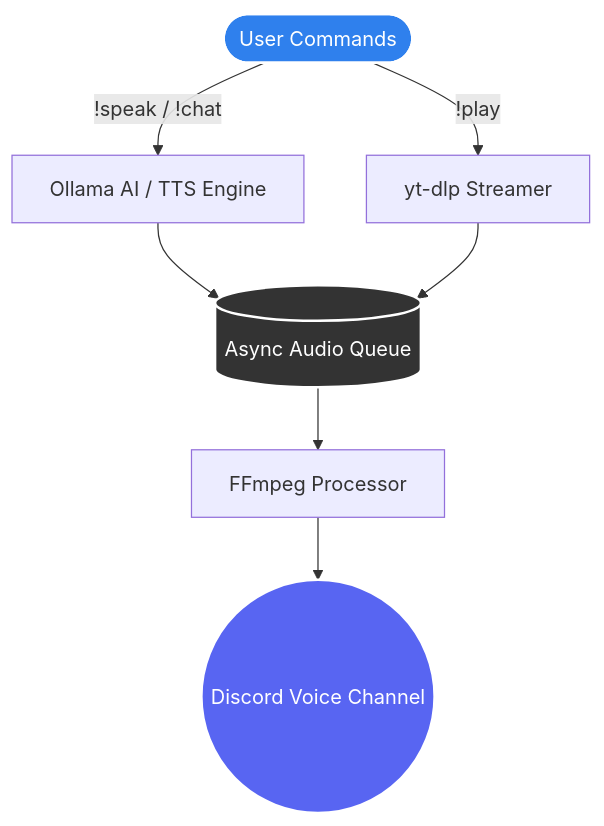
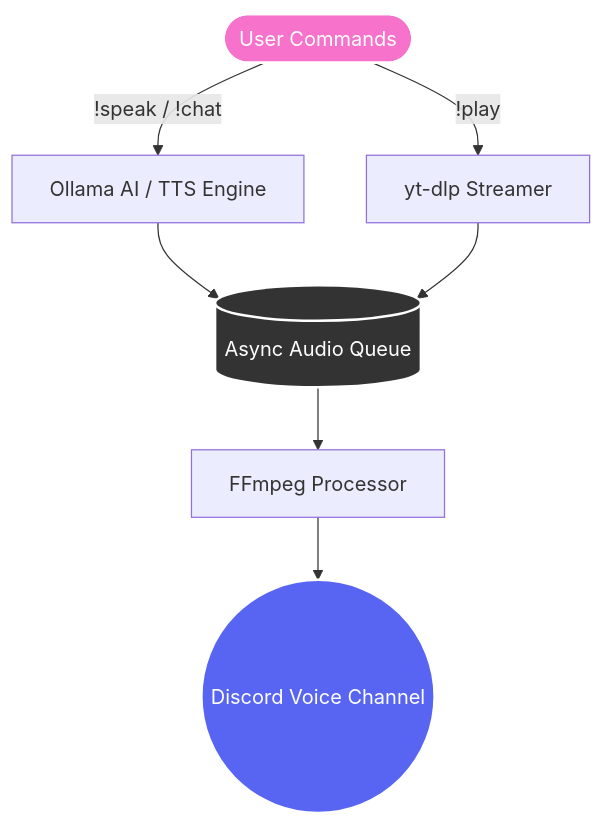
One commit to E27-25/thai-tts-bot changed the diagram in README.md. Above: the diagram before and after it, drawn with Mermaid. The commit also changed other lines of this file, not shown here.

````diff
--- a/README.md
+++ b/README.md
@@ -99,15 +107,15 @@
 ```mermaid
 graph TD
     User([User Commands]) -->|!speak / !chat| NLP[Ollama AI / TTS Engine]
     User -->|!play| YTDL[yt-dlp Streamer]
     
     NLP --> Queue[(Async Audio Queue)]
     YTDL --> Queue
     
     Queue --> FFmpeg[FFmpeg Processor]
     FFmpeg --> Discord((Discord Voice Channel))
     
-    style User fill:#2F80ED,stroke:#fff,stroke-width:2px,color:#fff
+    style User fill:#F772CA,stroke:#fff,stroke-width:2px,color:#fff
     style Discord fill:#5865F2,stroke:#fff,stroke-width:2px,color:#fff
     style Queue fill:#333,stroke:#fff,stroke-width:2px,color:#fff
 ```
````
